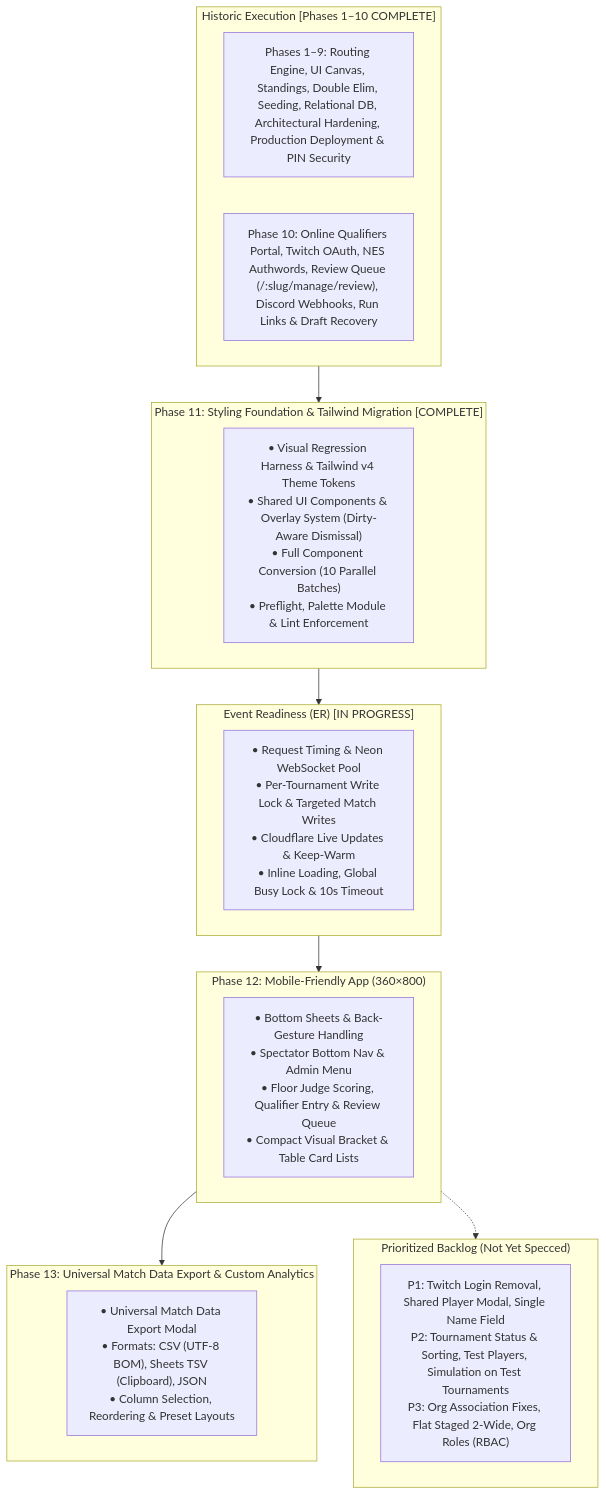
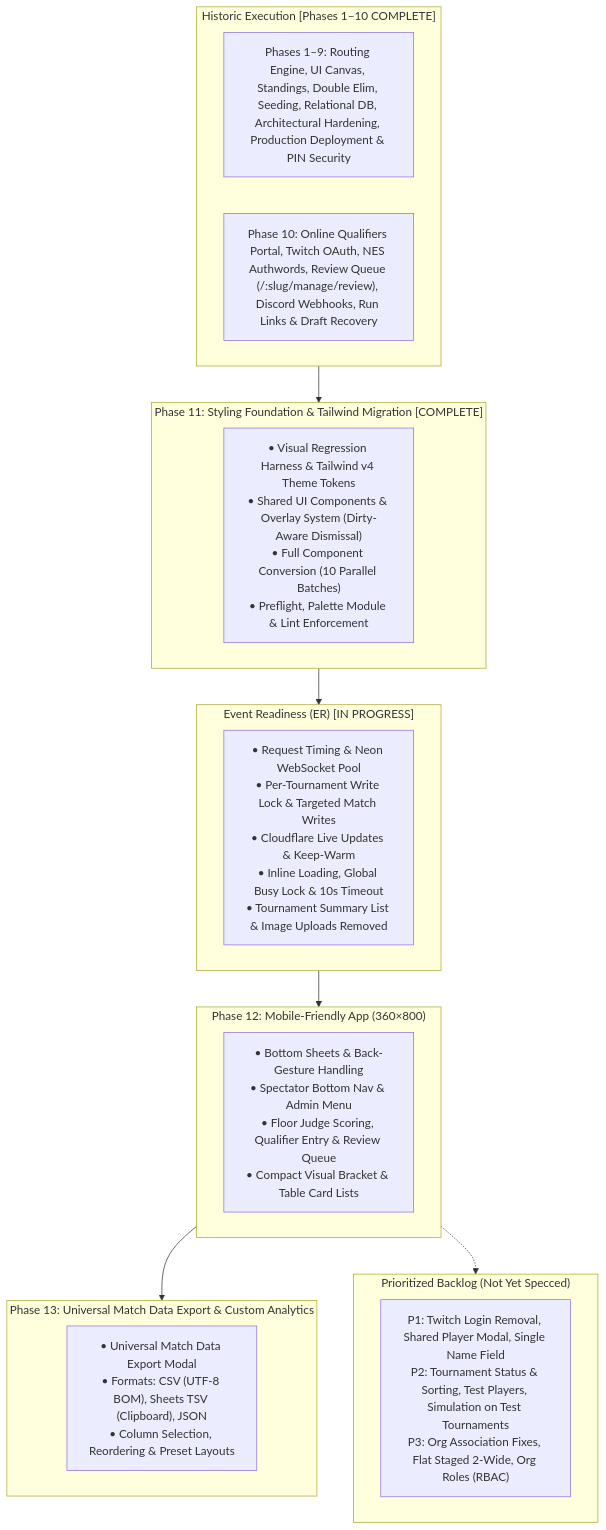
Before and after one commit to jgrondski/matchfoundry: the diagram in docs/implementation_plan.md, drawn with Mermaid. The commit also changed other lines of this file and 27 other files, not shown here.

First line of the commit message:
feat: ER.9 tournament summary list and ER.10 remove image uploads

````diff
--- a/docs/implementation_plan.md
+++ b/docs/implementation_plan.md
@@ -130,30 +130,30 @@
 ```mermaid
 flowchart TD
     subgraph Historic["Historic Execution [Phases 1–10 COMPLETE]"]
         H1["Phases 1–9: Routing Engine, UI Canvas, Standings, Double Elim, Seeding, Relational DB, Architectural Hardening, Production Deployment & PIN Security"]
         H2["Phase 10: Online Qualifiers Portal, Twitch OAuth, NES Authwords, Review Queue (/:slug/manage/review), Discord Webhooks, Run Links & Draft Recovery"]
     end
 
     subgraph Phase11["Phase 11: Styling Foundation & Tailwind Migration [COMPLETE]"]
         P11["• Visual Regression Harness & Tailwind v4 Theme Tokens<br>• Shared UI Components & Overlay System (Dirty-Aware Dismissal)<br>• Full Component Conversion (10 Parallel Batches)<br>• Preflight, Palette Module & Lint Enforcement"]
     end
 
     subgraph ER["Event Readiness (ER) [IN PROGRESS]"]
-        PER["• Request Timing & Neon WebSocket Pool<br>• Per-Tournament Write Lock & Targeted Match Writes<br>• Cloudflare Live Updates & Keep-Warm<br>• Inline Loading, Global Busy Lock & 10s Timeout"]
+        PER["• Request Timing & Neon WebSocket Pool<br>• Per-Tournament Write Lock & Targeted Match Writes<br>• Cloudflare Live Updates & Keep-Warm<br>• Inline Loading, Global Busy Lock & 10s Timeout<br>• Tournament Summary List & Image Uploads Removed"]
     end
 
     subgraph Phase12["Phase 12: Mobile-Friendly App (360×800)"]
         P12["• Bottom Sheets & Back-Gesture Handling<br>• Spectator Bottom Nav & Admin Menu<br>• Floor Judge Scoring, Qualifier Entry & Review Queue<br>• Compact Visual Bracket & Table Card Lists"]
     end
 
     subgraph Phase13["Phase 13: Universal Match Data Export & Custom Analytics"]
         P13["• Universal Match Data Export Modal<br>• Formats: CSV (UTF-8 BOM), Sheets TSV (Clipboard), JSON<br>• Column Selection, Reordering & Preset Layouts"]
     end
 
     subgraph Backlog["Prioritized Backlog (Not Yet Specced)"]
         B1["P1: Twitch Login Removal, Shared Player Modal, Single Name Field<br>P2: Tournament Status & Sorting, Test Players, Simulation on Test Tournaments<br>P3: Org Association Fixes, Flat Staged 2-Wide, Org Roles (RBAC)"]
     end
 
     Historic --> Phase11 --> ER --> Phase12 --> Phase13
     Phase12 -.-> Backlog
 ```
````
